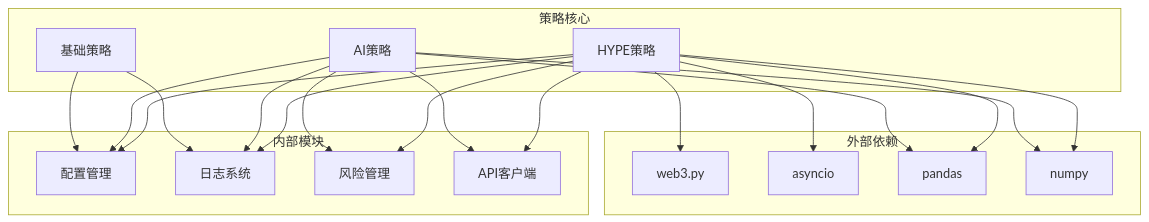
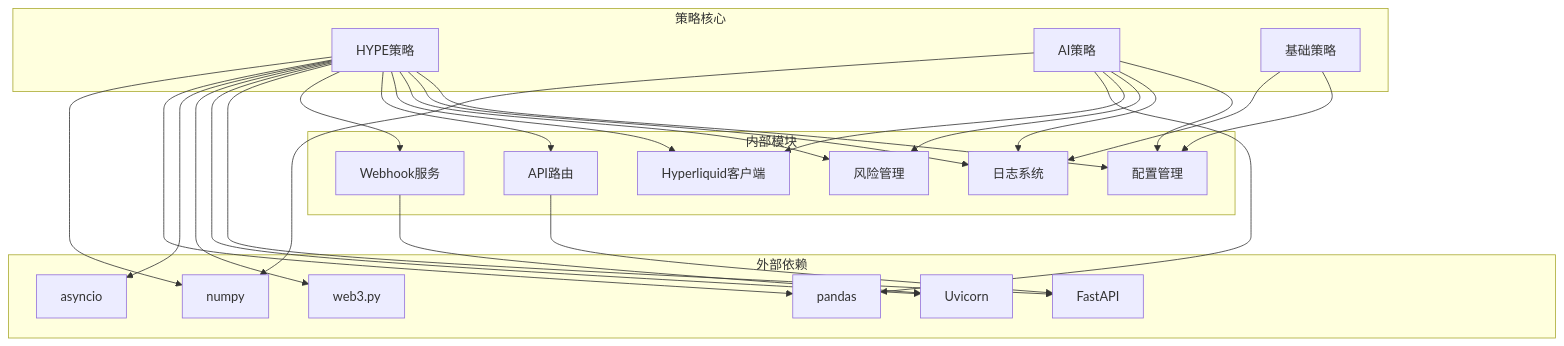
The ninth of 9 diagrams in .qoder/repowiki/zh/content/核心模块详解/策略框架/具体策略实现/HYPE自适应做空策略.md (zyf266/ending), drawn with Mermaid before and after one commit. The commit also changed other lines of this file and 40 other files, not shown here.

````diff
--- a/.qoder/repowiki/zh/content/核心模块详解/策略框架/具体策略实现/HYPE自适应做空策略.md
+++ b/.qoder/repowiki/zh/content/核心模块详解/策略框架/具体策略实现/HYPE自适应做空策略.md
@@ -273,36 +336,46 @@
 ```mermaid
 graph TB
 subgraph "外部依赖"
+FastAPI[FastAPI]
 Web3[web3.py]
 Asyncio[asyncio]
 Pandas[pandas]
 Numpy[numpy]
+Uvicorn[Uvicorn]
 end
 subgraph "内部模块"
 Config[配置管理]
 Logger[日志系统]
 Risk[风险管理]
-Client[API客户端]
+Client[Hyperliquid客户端]
+API[API路由]
+Webhook[Webhook服务]
 end
 subgraph "策略核心"
 HypeStrategy[HYPE策略]
 AIAdaptive[AI策略]
 BaseStrategy[基础策略]
 end
 HypeStrategy --> Config
 HypeStrategy --> Logger
 HypeStrategy --> Risk
 HypeStrategy --> Client
+HypeStrategy --> API
+HypeStrategy --> Webhook
+HypeStrategy --> FastAPI
+HypeStrategy --> Uvicorn
 HypeStrategy --> Web3
 HypeStrategy --> Asyncio
 HypeStrategy --> Pandas
 HypeStrategy --> Numpy
+API --> FastAPI
+Webhook --> Uvicorn
 AIAdaptive --> Config
 AIAdaptive --> Logger
 AIAdaptive --> Risk
 AIAdaptive --> Client
 AIAdaptive --> Pandas
 AIAdaptive --> Numpy
 BaseStrategy --> Config
 BaseStrategy --> Logger
 ```
````
